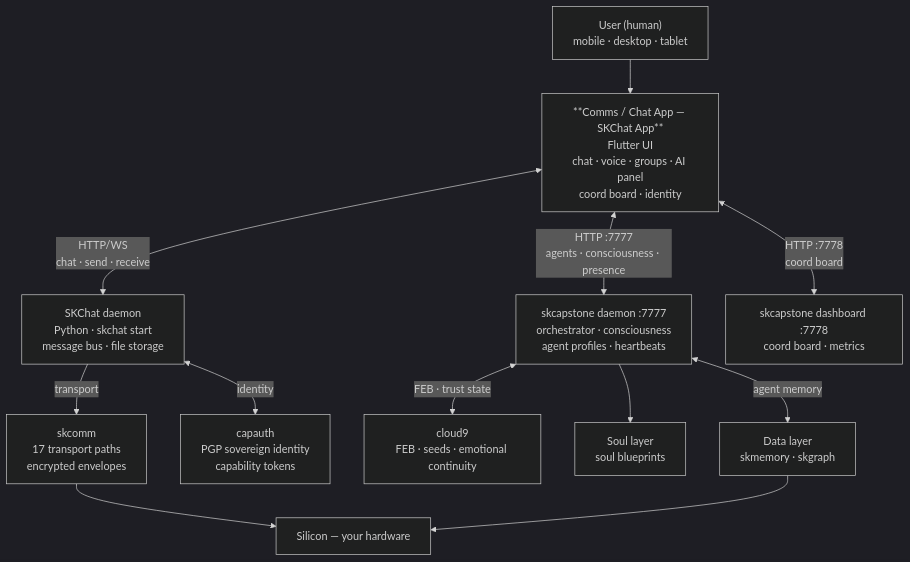
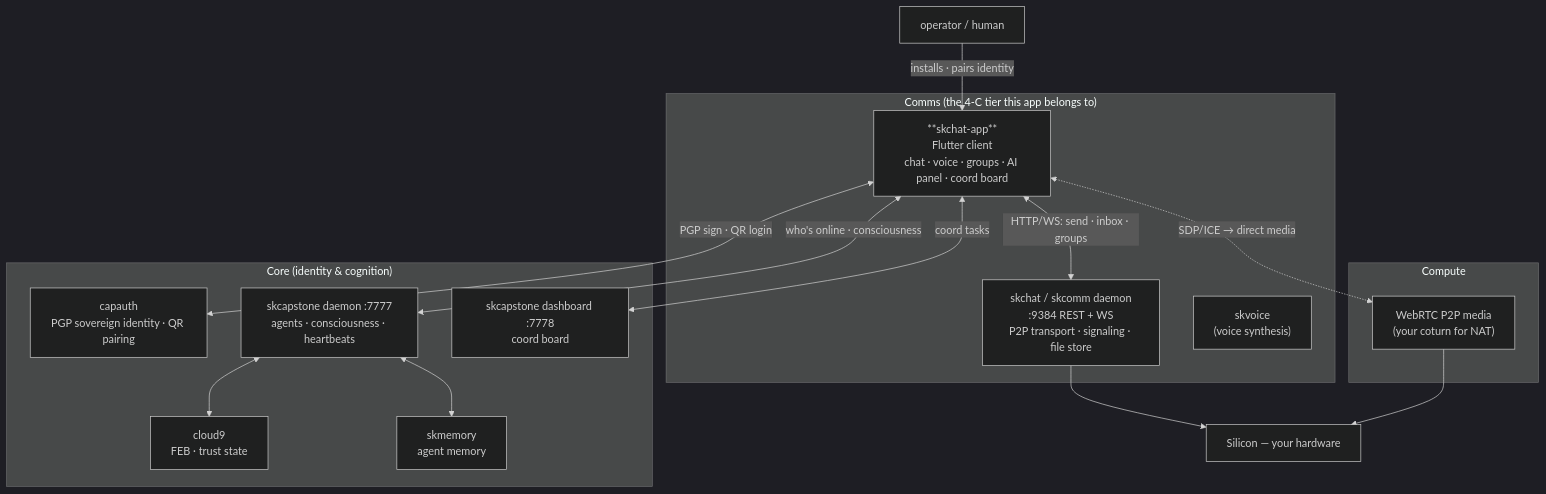
One commit to smilinTux/skchat-app changed the second of 2 diagrams in README.md. Above: the diagram before and after it, drawn with Mermaid (dark theme). The commit also changed other lines of this file and 1 other file, not shown here.

First line of the commit message:
docs: rewrite README + add ARCHITECTURE — skchat-app as the SKWorld Comms client

````diff
--- a/README.md
+++ b/README.md
@@ -130,26 +114,34 @@
 ```mermaid
 flowchart TD
-    USER["User (human)\nmobile · desktop · tablet"]
-    APP["**Comms / Chat App — SKChat App**\nFlutter UI\nchat · voice · groups · AI panel\ncoord board · identity"]
-    DAEMON["SKChat daemon\nPython · skchat start\nmessage bus · file storage"]
-    SKCAPSTONE["skcapstone daemon :7777\norchestrator · consciousness\nagent profiles · heartbeats"]
-    SKAPDASH["skcapstone dashboard :7778\ncoord board · metrics"]
-    SKCOMM["skcomm\n17 transport paths\nencrypted envelopes"]
-    CAPAUTH["capauth\nPGP sovereign identity\ncapability tokens"]
-    CLOUD9["cloud9\nFEB · seeds · emotional continuity"]
-    SOUL["Soul layer\nsoul blueprints"]
-    DATA["Data layer\nskmemory · skgraph"]
+    USER["operator / human"] -->|"installs · pairs identity"| APP
+
+    subgraph COMMS["Comms (the 4-C tier this app belongs to)"]
+      APP["**skchat-app**<br/>Flutter client<br/>chat · voice · groups · AI panel · coord board"]
+      SKCHAT["skchat / skcomm daemon<br/>:9384 REST + WS<br/>P2P transport · signaling · file store"]
+      SKVOICE["skvoice<br/>(voice synthesis)"]
+    end
+
+    subgraph CORE["Core (identity & cognition)"]
+      CAPAUTH["capauth<br/>PGP sovereign identity · QR pairing"]
+      SKCAP["skcapstone daemon :7777<br/>agents · consciousness · heartbeats"]
+      DASH["skcapstone dashboard :7778<br/>coord board"]
+      CLOUD9["cloud9<br/>FEB · trust state"]
+      SKMEM["skmemory<br/>agent memory"]
+    end
+
+    subgraph COMPUTE["Compute"]
+      WEBRTC["WebRTC P2P media<br/>(your coturn for NAT)"]
+    end
+
     SILICON["Silicon — your hardware"]
 
-    USER --> APP
-    APP <-->|"HTTP/WS\nchat · send · receive"| DAEMON
-    APP <-->|"HTTP :7777\nagents · consciousness · presence"| SKCAPSTONE
-    APP <-->|"HTTP :7778\ncoord board"| SKAPDASH
-    DAEMON -->|"transport"| SKCOMM
-    DAEMON <-->|"identity"| CAPAUTH
-    SKCAPSTONE <-->|"FEB · trust state"| CLOUD9
-    SKCAPSTONE <-->|"agent memory"| DATA
-    SKCAPSTONE --> SOUL
-    SKCOMM --> SILICON
-    DATA --> SILICON
+    APP <-->|"HTTP/WS: send · inbox · groups"| SKCHAT
+    APP <-->|"PGP sign · QR login"| CAPAUTH
+    APP <-->|"who's online · consciousness"| SKCAP
+    APP <-->|"coord tasks"| DASH
+    APP <-.->|"SDP/ICE → direct media"| WEBRTC
+    SKCAP <--> CLOUD9
+    SKCAP <--> SKMEM
+    SKCHAT --> SILICON
+    WEBRTC --> SILICON
 ```
````
